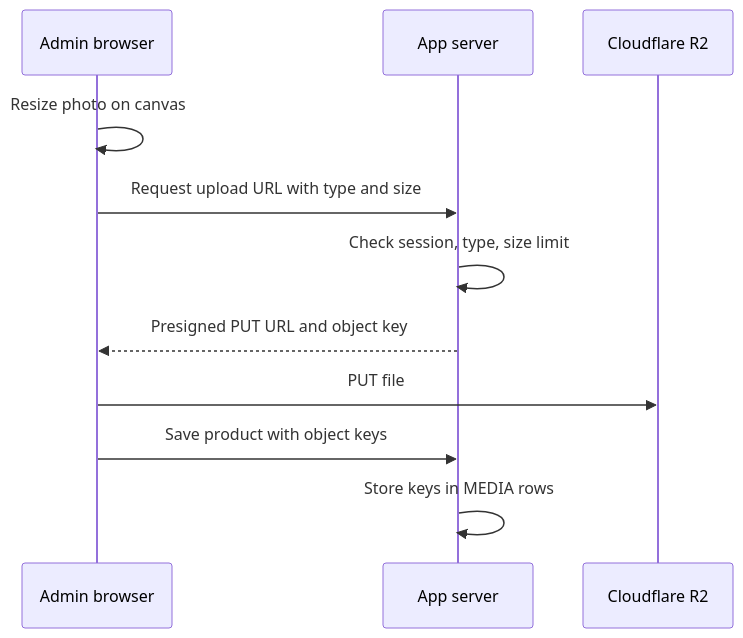
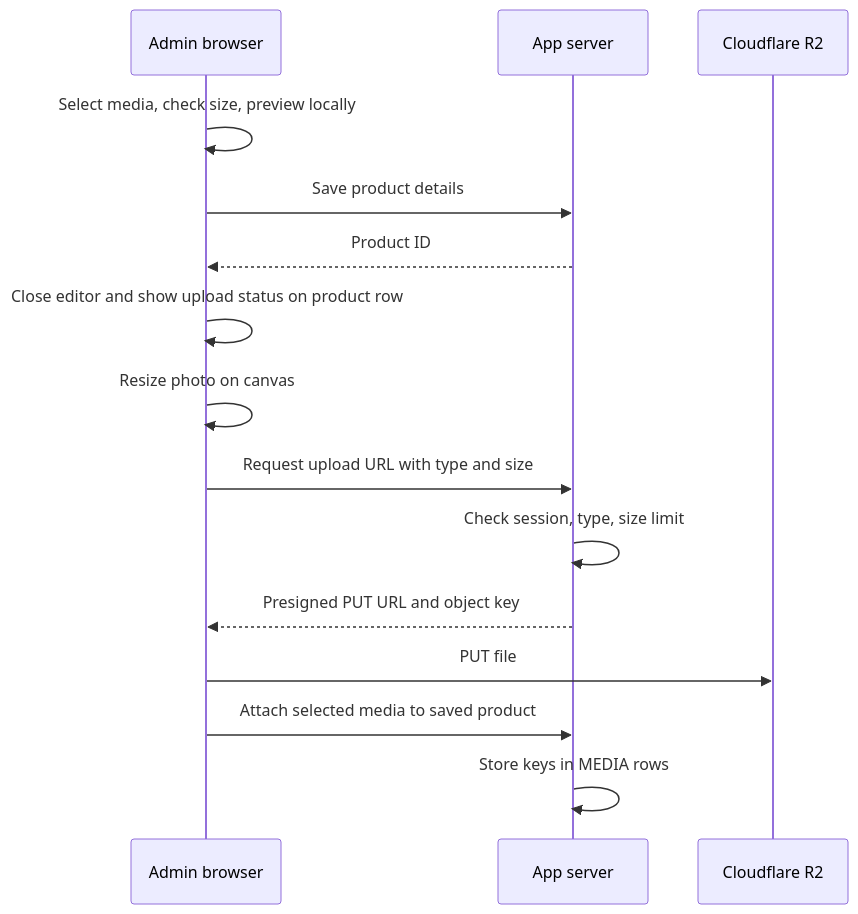
Before and after one commit to amirulhakiim/pqacam: the fourth of 4 diagrams in docs/PRD.md, drawn with Mermaid. The commit also changed other lines of this file and 6 other files, not shown here.

Commit message:
feat: upload product media after save

````diff
--- a/docs/PRD.md
+++ b/docs/PRD.md
@@ -274,13 +274,17 @@
 ```mermaid
 sequenceDiagram
     participant B as Admin browser
     participant S as App server
     participant R as Cloudflare R2
+    B->>B: Select media, check size, preview locally
+    B->>S: Save product details
+    S-->>B: Product ID
+    B->>B: Close editor and show upload status on product row
     B->>B: Resize photo on canvas
     B->>S: Request upload URL with type and size
     S->>S: Check session, type, size limit
     S-->>B: Presigned PUT URL and object key
     B->>R: PUT file
-    B->>S: Save product with object keys
+    B->>S: Attach selected media to saved product
     S->>S: Store keys in MEDIA rows
 ```
````
